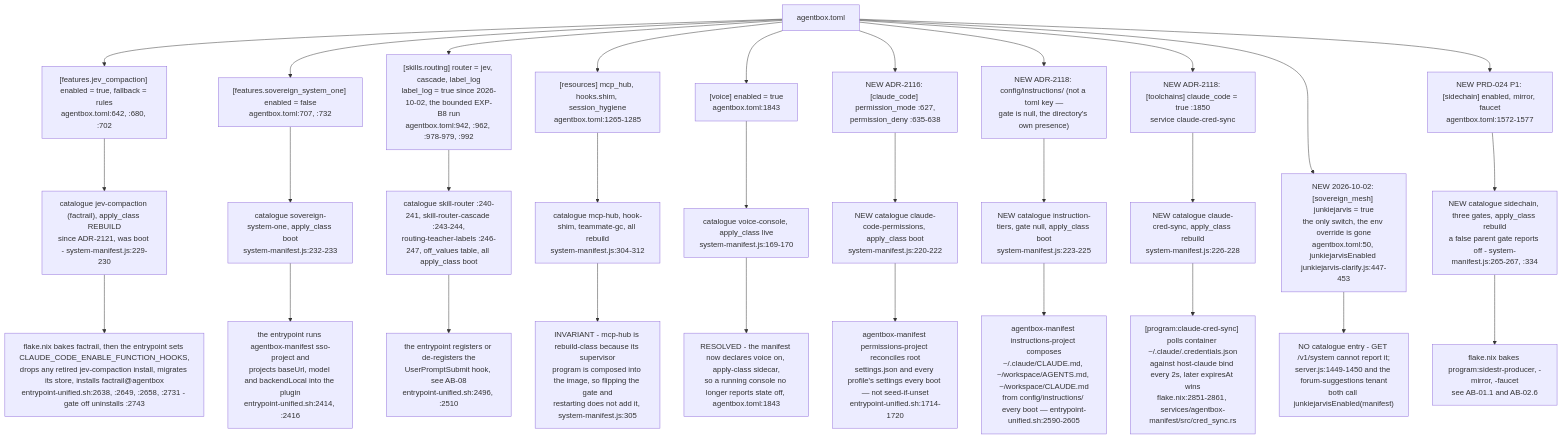
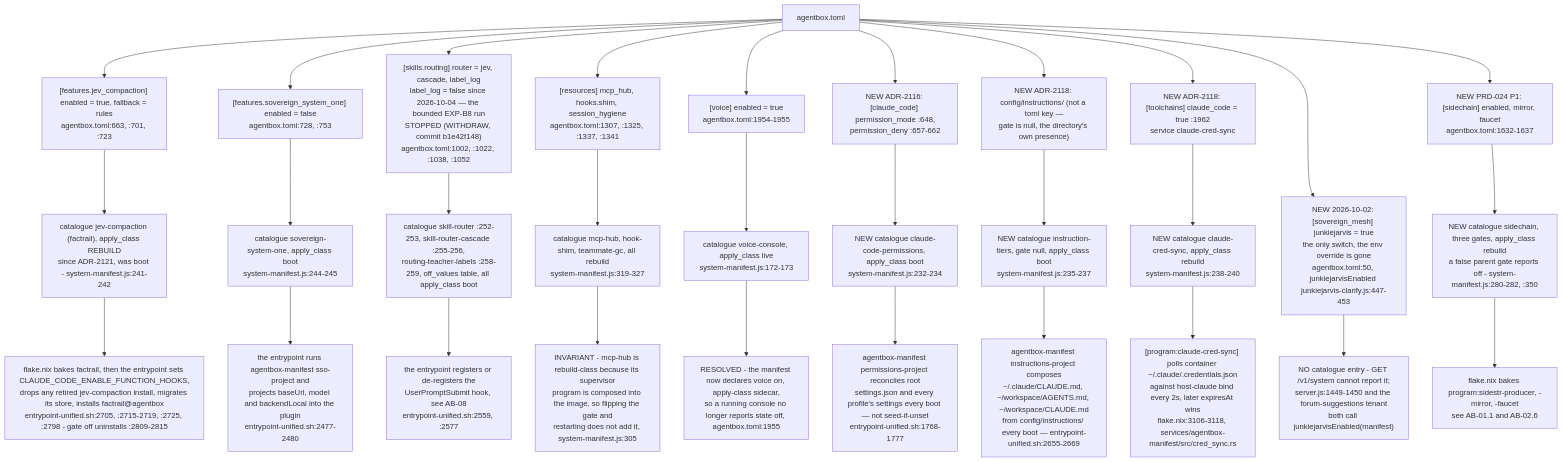
Before and after one commit to DreamLab-AI/VisionFlow: diagram 12 of 15 in docs/diagrams/agentbox/05-manifest-gates-and-cli.md, drawn with Mermaid. The commit also changed other lines of this file and 111 other files, not shown here.

Commit message:
docs(diagrams): align estate maps with current source

````diff
--- a/docs/diagrams/agentbox/05-manifest-gates-and-cli.md
+++ b/docs/diagrams/agentbox/05-manifest-gates-and-cli.md
@@ -366,37 +371,37 @@
 ```mermaid
 flowchart TB
     TOML["agentbox.toml"]
-    TOML --> F1["[features.jev_compaction] enabled = true, fallback = rules<br/>agentbox.toml:642, :680, :702"]
-    TOML --> F2["[features.sovereign_system_one] enabled = false<br/>agentbox.toml:707, :732"]
-    TOML --> F3["[skills.routing] router = jev, cascade, label_log<br/>label_log = true since 2026-10-02, the bounded EXP-B8 run<br/>agentbox.toml:942, :962, :978-979, :992"]
-    TOML --> F4["[resources] mcp_hub, hooks.shim, session_hygiene<br/>agentbox.toml:1265-1285"]
-    TOML --> F5["[voice] enabled = true<br/>agentbox.toml:1843"]
-    TOML --> F6["NEW ADR-2116: [claude_code] permission_mode :627,<br/>permission_deny :635-638"]
+    TOML --> F1["[features.jev_compaction] enabled = true, fallback = rules<br/>agentbox.toml:663, :701, :723"]
+    TOML --> F2["[features.sovereign_system_one] enabled = false<br/>agentbox.toml:728, :753"]
+    TOML --> F3["[skills.routing] router = jev, cascade, label_log<br/>label_log = false since 2026-10-04 — the bounded EXP-B8 run<br/>STOPPED (WITHDRAW, commit b1e42f148)<br/>agentbox.toml:1002, :1022, :1038, :1052"]
+    TOML --> F4["[resources] mcp_hub, hooks.shim, session_hygiene<br/>agentbox.toml:1307, :1325, :1337, :1341"]
+    TOML --> F5["[voice] enabled = true<br/>agentbox.toml:1954-1955"]
+    TOML --> F6["NEW ADR-2116: [claude_code] permission_mode :648,<br/>permission_deny :657-662"]
     TOML --> F7["NEW ADR-2118: config/instructions/ (not a toml key —<br/>gate is null, the directory's own presence)"]
-    TOML --> F8["NEW ADR-2118: [toolchains] claude_code = true :1850<br/>service claude-cred-sync"]
-    TOML --> F9["NEW PRD-024 P1: [sidechain] enabled, mirror, faucet<br/>agentbox.toml:1572-1577"]
+    TOML --> F8["NEW ADR-2118: [toolchains] claude_code = true :1962<br/>service claude-cred-sync"]
+    TOML --> F9["NEW PRD-024 P1: [sidechain] enabled, mirror, faucet<br/>agentbox.toml:1632-1637"]
     F9 ~~~ F10["NEW 2026-10-02: [sovereign_mesh] junkiejarvis = true<br/>the only switch, the env override is gone<br/>agentbox.toml:50, junkiejarvisEnabled junkiejarvis-clarify.js:447-453"]
     TOML --> F10
 
-    F1 --> C1["catalogue jev-compaction (factrail), apply_class REBUILD<br/>since ADR-2121, was boot - system-manifest.js:229-230"]
-    F2 --> C2["catalogue sovereign-system-one, apply_class boot<br/>system-manifest.js:232-233"]
-    F3 --> C3["catalogue skill-router :240-241, skill-router-cascade :243-244,<br/>routing-teacher-labels :246-247, off_values table, all apply_class boot"]
-    F4 --> C4["catalogue mcp-hub, hook-shim, teammate-gc, all rebuild<br/>system-manifest.js:304-312"]
-    F5 --> C5["catalogue voice-console, apply_class live<br/>system-manifest.js:169-170"]
-    F6 --> C6["NEW catalogue claude-code-permissions, apply_class boot<br/>system-manifest.js:220-222"]
-    F7 --> C7["NEW catalogue instruction-tiers, gate null, apply_class boot<br/>system-manifest.js:223-225"]
-    F8 --> C8["NEW catalogue claude-cred-sync, apply_class rebuild<br/>system-manifest.js:226-228"]
-    F9 --> C9["NEW catalogue sidechain, three gates, apply_class rebuild<br/>a false parent gate reports off - system-manifest.js:265-267, :334"]
+    F1 --> C1["catalogue jev-compaction (factrail), apply_class REBUILD<br/>since ADR-2121, was boot - system-manifest.js:241-242"]
+    F2 --> C2["catalogue sovereign-system-one, apply_class boot<br/>system-manifest.js:244-245"]
+    F3 --> C3["catalogue skill-router :252-253, skill-router-cascade :255-256,<br/>routing-teacher-labels :258-259, off_values table, all apply_class boot"]
+    F4 --> C4["catalogue mcp-hub, hook-shim, teammate-gc, all rebuild<br/>system-manifest.js:319-327"]
+    F5 --> C5["catalogue voice-console, apply_class live<br/>system-manifest.js:172-173"]
+    F6 --> C6["NEW catalogue claude-code-permissions, apply_class boot<br/>system-manifest.js:232-234"]
+    F7 --> C7["NEW catalogue instruction-tiers, gate null, apply_class boot<br/>system-manifest.js:235-237"]
+    F8 --> C8["NEW catalogue claude-cred-sync, apply_class rebuild<br/>system-manifest.js:238-240"]
+    F9 --> C9["NEW catalogue sidechain, three gates, apply_class rebuild<br/>a false parent gate reports off - system-manifest.js:280-282, :350"]
 
-    C1 --> B1["flake.nix bakes factrail, then the entrypoint sets CLAUDE_CODE_ENABLE_FUNCTION_HOOKS,<br/>drops any retired jev-compaction install, migrates its store, installs factrail@agentbox<br/>entrypoint-unified.sh:2638, :2649, :2658, :2731 - gate off uninstalls :2743"]
-    C2 --> B2["the entrypoint runs agentbox-manifest sso-project and<br/>projects baseUrl, model and backendLocal into the plugin<br/>entrypoint-unified.sh:2414, :2416"]
-    C3 --> B3["the entrypoint registers or de-registers the<br/>UserPromptSubmit hook, see AB-08<br/>entrypoint-unified.sh:2496, :2510"]
-    C6 --> B6["agentbox-manifest permissions-project reconciles root<br/>settings.json and every profile's settings every boot — not seed-if-unset<br/>entrypoint-unified.sh:1714-1720"]
-    C7 --> B7["agentbox-manifest instructions-project composes<br/>~/.claude/CLAUDE.md, ~/workspace/AGENTS.md, ~/workspace/CLAUDE.md<br/>from config/instructions/ every boot — entrypoint-unified.sh:2590-2605"]
+    C1 --> B1["flake.nix bakes factrail, then the entrypoint sets CLAUDE_CODE_ENABLE_FUNCTION_HOOKS,<br/>drops any retired jev-compaction install, migrates its store, installs factrail@agentbox<br/>entrypoint-unified.sh:2705, :2715-2719, :2725, :2798 - gate off uninstalls :2809-2815"]
+    C2 --> B2["the entrypoint runs agentbox-manifest sso-project and<br/>projects baseUrl, model and backendLocal into the plugin<br/>entrypoint-unified.sh:2477-2480"]
+    C3 --> B3["the entrypoint registers or de-registers the<br/>UserPromptSubmit hook, see AB-08<br/>entrypoint-unified.sh:2559, :2577"]
+    C6 --> B6["agentbox-manifest permissions-project reconciles root<br/>settings.json and every profile's settings every boot — not seed-if-unset<br/>entrypoint-unified.sh:1768-1777"]
+    C7 --> B7["agentbox-manifest instructions-project composes<br/>~/.claude/CLAUDE.md, ~/workspace/AGENTS.md, ~/workspace/CLAUDE.md<br/>from config/instructions/ every boot — entrypoint-unified.sh:2655-2669"]
     C9 --> B9["flake.nix bakes program:sidestr-producer, -mirror, -faucet<br/>see AB-01.1 and AB-02.6"]
-    C8 --> B8["[program:claude-cred-sync] polls container ~/.claude/.credentials.json<br/>against host-claude bind every 2s, later expiresAt wins<br/>flake.nix:2851-2861, services/agentbox-manifest/src/cred_sync.rs"]
+    C8 --> B8["[program:claude-cred-sync] polls container ~/.claude/.credentials.json<br/>against host-claude bind every 2s, later expiresAt wins<br/>flake.nix:3106-3118, services/agentbox-manifest/src/cred_sync.rs"]
 
-    C5 --> DIV["RESOLVED - the manifest now declares voice on, apply-class sidecar,<br/>so a running console no longer reports state off, agentbox.toml:1843"]
+    C5 --> DIV["RESOLVED - the manifest now declares voice on, apply-class sidecar,<br/>so a running console no longer reports state off, agentbox.toml:1955"]
     F10 --> C10["NO catalogue entry - GET /v1/system cannot report it;<br/>server.js:1449-1450 and the forum-suggestions tenant<br/>both call junkiejarvisEnabled(manifest)"]
     C4 --> REB["INVARIANT - mcp-hub is rebuild-class because its supervisor<br/>program is composed into the image, so flipping the gate and<br/>restarting does not add it, system-manifest.js:305"]
 ```
````
